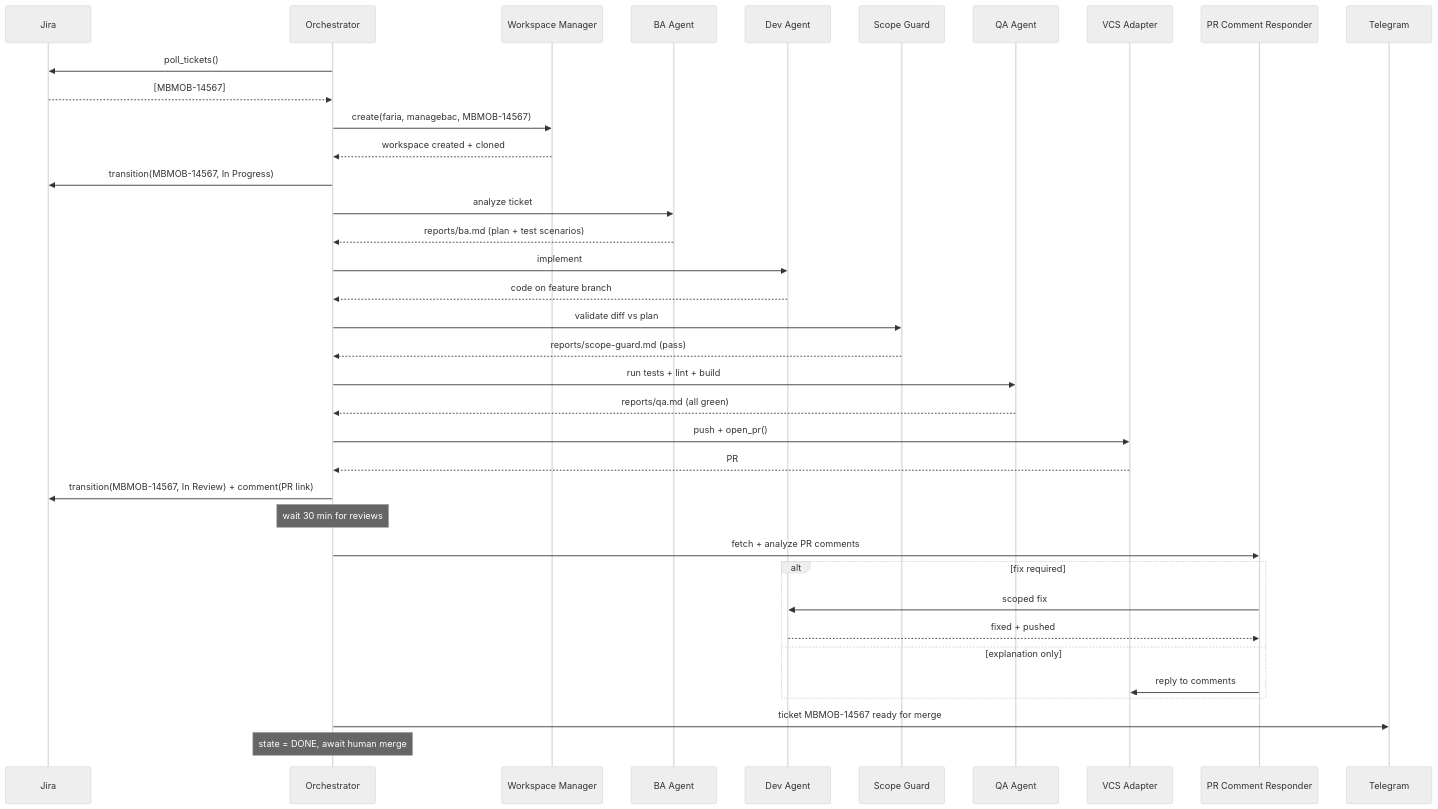
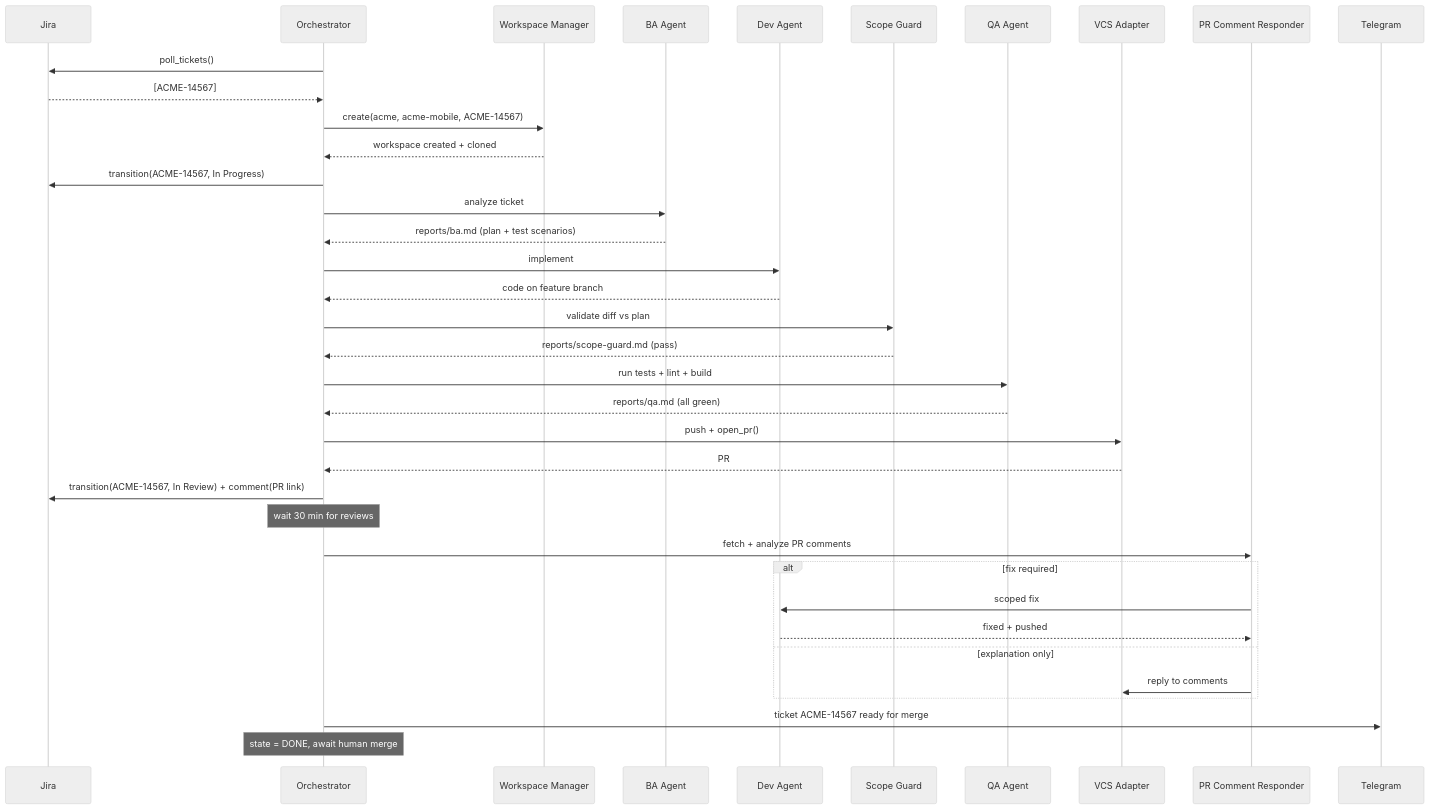
Before and after one commit to Olexandr1904/Cleave: the third of 4 diagrams in docs/architecture-v2.md, drawn with Mermaid (neutral theme). The commit also changed other lines of this file and 23 other files, not shown here.

````diff
--- a/docs/architecture-v2.md
+++ b/docs/architecture-v2.md
@@ -789,49 +789,49 @@
 ```mermaid
 sequenceDiagram
     participant J as Jira
     participant O as Orchestrator
     participant WM as Workspace Manager
     participant BA as BA Agent
     participant DEV as Dev Agent
     participant SG as Scope Guard
     participant QA as QA Agent
     participant VCS as VCS Adapter
     participant PCR as PR Comment Responder
     participant TG as Telegram
 
     O->>J: poll_tickets()
-    J-->>O: [MBMOB-14567]
+    J-->>O: [ACME-14567]
 
-    O->>WM: create(faria, managebac, MBMOB-14567)
+    O->>WM: create(acme, acme-mobile, ACME-14567)
     WM-->>O: workspace created + cloned
-    O->>J: transition(MBMOB-14567, In Progress)
+    O->>J: transition(ACME-14567, In Progress)
 
     O->>BA: analyze ticket
     BA-->>O: reports/ba.md (plan + test scenarios)
 
     O->>DEV: implement
     DEV-->>O: code on feature branch
 
     O->>SG: validate diff vs plan
     SG-->>O: reports/scope-guard.md (pass)
 
     O->>QA: run tests + lint + build
     QA-->>O: reports/qa.md (all green)
 
     O->>VCS: push + open_pr()
     VCS-->>O: PR #42
-    O->>J: transition(MBMOB-14567, In Review) + comment(PR link)
+    O->>J: transition(ACME-14567, In Review) + comment(PR link)
 
     Note over O: wait 30 min for reviews
 
     O->>PCR: fetch + analyze PR comments
     alt fix required
         PCR->>DEV: scoped fix
         DEV-->>PCR: fixed + pushed
     else explanation only
         PCR->>VCS: reply to comments
     end
 
-    O->>TG: ticket MBMOB-14567 ready for merge
+    O->>TG: ticket ACME-14567 ready for merge
     Note over O: state = DONE, await human merge
 ```
````
